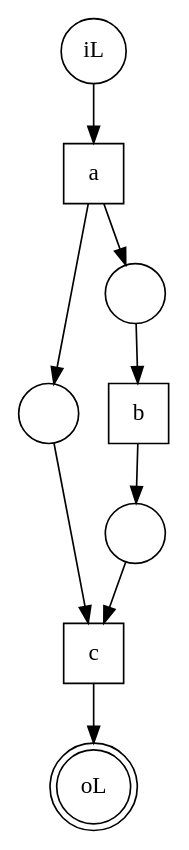
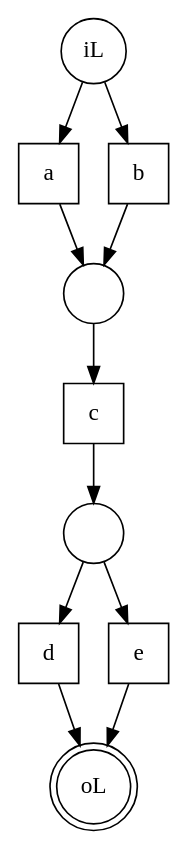
One commit to Haichq/processMining changed the diagram in static/xes.dot. Above: the diagram before and after it, drawn with Graphviz. The commit also changed 6 other files, not shown here.

```diff
--- a/static/xes.dot
+++ b/static/xes.dot
@@ -1,19 +1,22 @@
 // petri-net
 digraph {
 	iL [shape=circle]
 	a [shape=square]
 	b [shape=square]
 	c [shape=square]
+	d [shape=square]
+	e [shape=square]
 	oL [shape=doublecircle]
 	1 [label="" shape=circle]
 	1 -> c
 	a -> 1
+	b -> 1
 	2 [label="" shape=circle]
-	2 -> c
-	b -> 2
-	3 [label="" shape=circle]
-	3 -> b
-	a -> 3
+	2 -> d
+	2 -> e
+	c -> 2
 	iL -> a
-	c -> oL
+	iL -> b
+	d -> oL
+	e -> oL
 }
```
